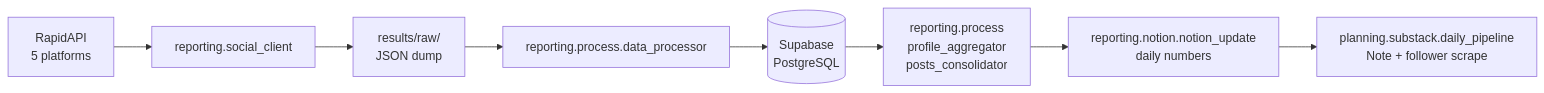
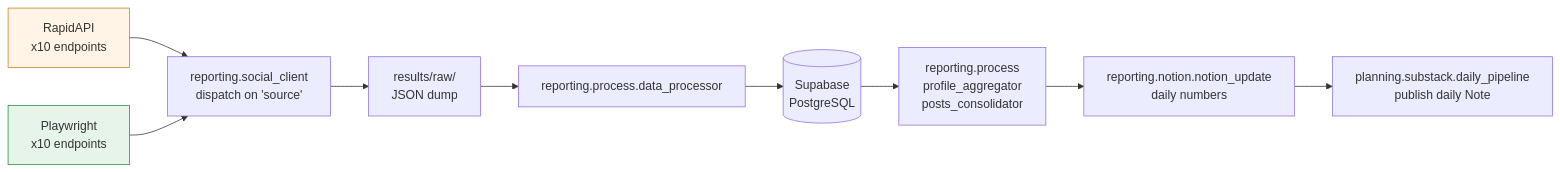
The third of 3 diagrams in README.md (ferraroroberto/content-management), drawn with Mermaid before and after one commit. The commit also changed other lines of this file and 18 other files, not shown here.

````diff
--- a/README.md
+++ b/README.md
@@ -190,10 +190,14 @@
 ```mermaid
 flowchart LR
-    A[RapidAPI<br/>5 platforms] --> B[reporting.social_client]
+    A1[RapidAPI<br/>x10 endpoints]:::rapidapi --> B
+    A2[Playwright<br/>x10 endpoints]:::playwright --> B
+    B[reporting.social_client<br/>dispatch on 'source']
     B --> C[results/raw/<br/>JSON dump]
     C --> D[reporting.process.data_processor]
     D --> E[(Supabase<br/>PostgreSQL)]
     E --> F[reporting.process<br/>profile_aggregator<br/>posts_consolidator]
     F --> G[reporting.notion.notion_update<br/>daily numbers]
-    G --> H[planning.substack.daily_pipeline<br/>Note + follower scrape]
+    G --> H[planning.substack.daily_pipeline<br/>publish daily Note]
+    classDef rapidapi fill:#fff4e6,stroke:#c47f17
+    classDef playwright fill:#e6f4ea,stroke:#1e8e3e
 ```
````
